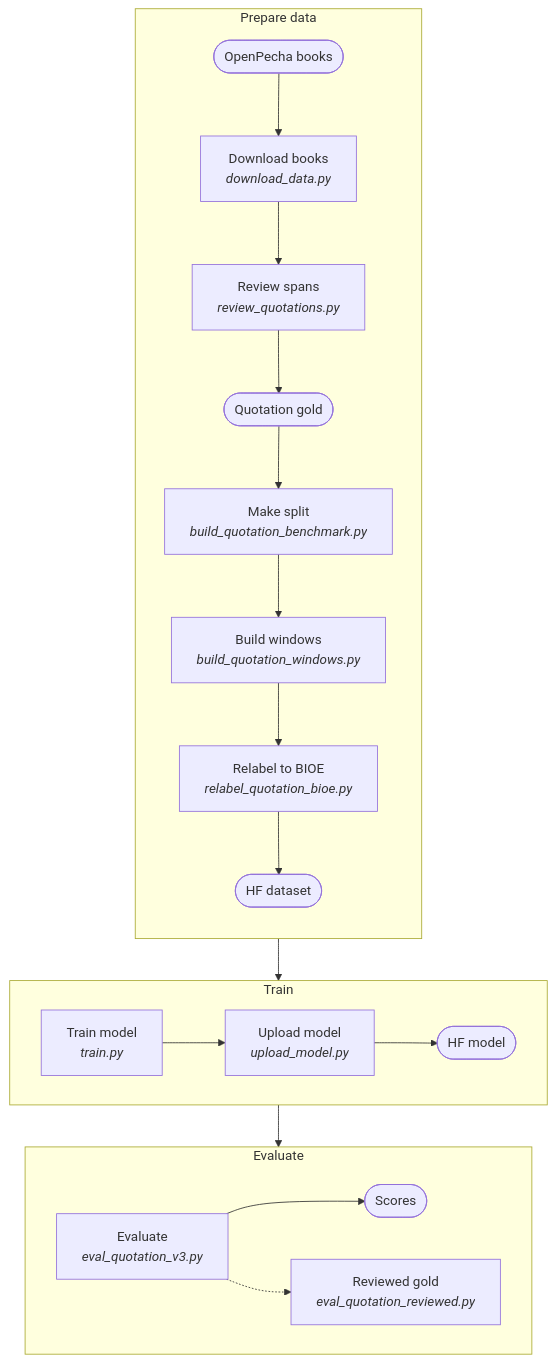
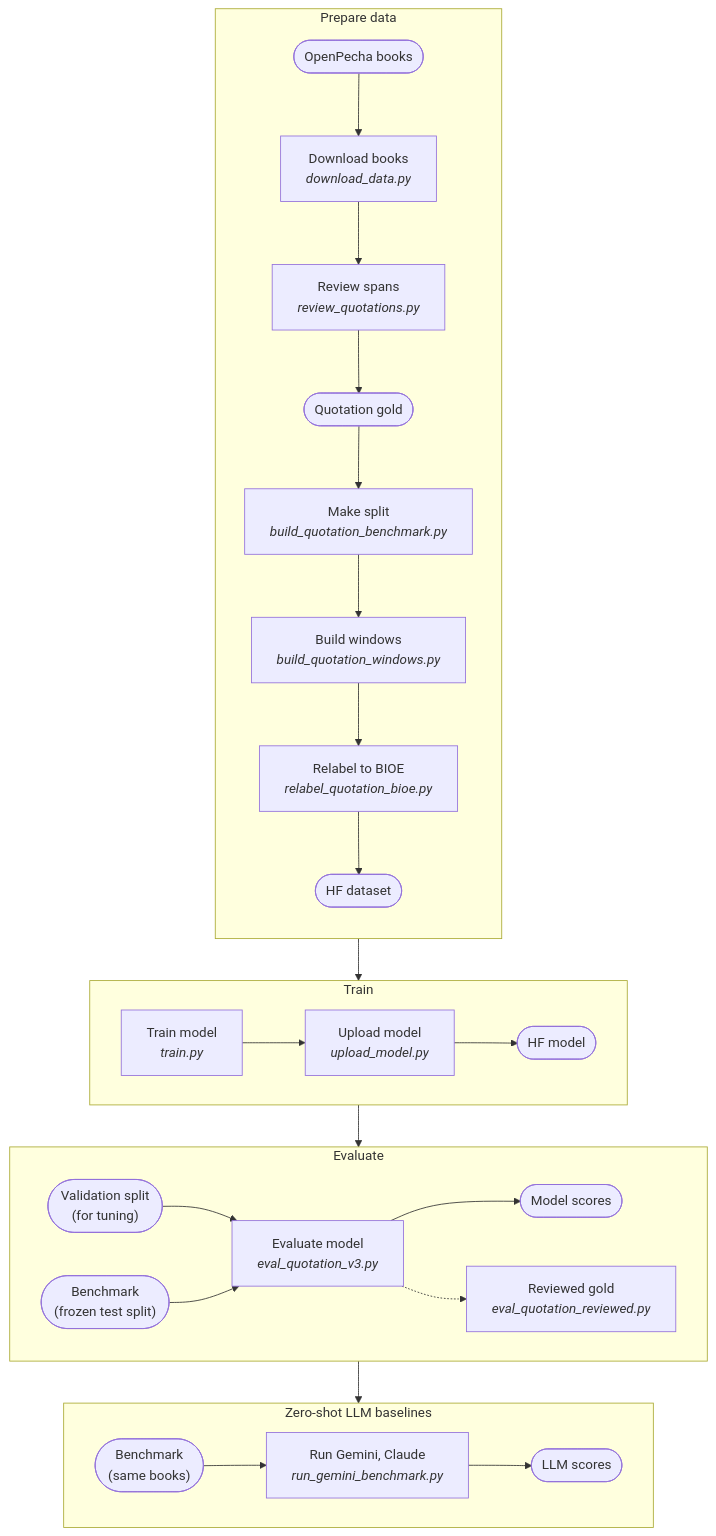
Before and after one commit to tenzinyonten/tibetan-layer-detection: the diagram in quotation/docs/pipeline.mmd, drawn with Mermaid. The commit also changed 14 other files, not shown here.

Commit message:
Charts: benchmark, validation and LLM-baseline boxes for Sabche, Quotation, Title/author, Tsawa, Yigchung

```diff
--- a/quotation/docs/pipeline.mmd
+++ b/quotation/docs/pipeline.mmd
@@ -1,24 +1,32 @@
 %%{init: {"flowchart": {"htmlLabels": false}}}%%
 flowchart TD
   subgraph PREP["Prepare data"]
     direction TB
     F1(["OpenPecha books"]) --> S1["Download books<br/><i>download_data.py</i>"]
     S1 --> S2["Review spans<br/><i>review_quotations.py</i>"]
     S2 --> F2(["Quotation gold"])
     F2 --> S3["Make split<br/><i>build_quotation_benchmark.py</i>"]
     S3 --> S4["Build windows<br/><i>build_quotation_windows.py</i>"]
     S4 --> S5["Relabel to BIOE<br/><i>relabel_quotation_bioe.py</i>"]
     S5 --> F3(["HF dataset"])
   end
   subgraph TRAIN["Train"]
     direction LR
     S6["Train model<br/><i>train.py</i>"] --> S7["Upload model<br/><i>upload_model.py</i>"]
     S7 --> F4(["HF model"])
   end
   subgraph EVAL["Evaluate"]
     direction LR
-    S8["Evaluate<br/><i>eval_quotation_v3.py</i>"] --> F5(["Scores"])
+    V(["Validation split<br/>(for tuning)"]) --> S8["Evaluate model<br/><i>eval_quotation_v3.py</i>"]
+    B(["Benchmark<br/>(frozen test split)"]) --> S8["Evaluate model<br/><i>eval_quotation_v3.py</i>"]
+    S8 --> F5(["Model scores"])
     S8 -.-> S9["Reviewed gold<br/><i>eval_quotation_reviewed.py</i>"]
+  end
+  subgraph BASE["Zero-shot LLM baselines"]
+    direction LR
+    B2(["Benchmark<br/>(same books)"]) --> Z1["Run Gemini, Claude<br/><i>run_gemini_benchmark.py</i>"]
+    Z1 --> Z2(["LLM scores"])
   end
   PREP --> TRAIN
   TRAIN --> EVAL
+  EVAL --> BASE
```
